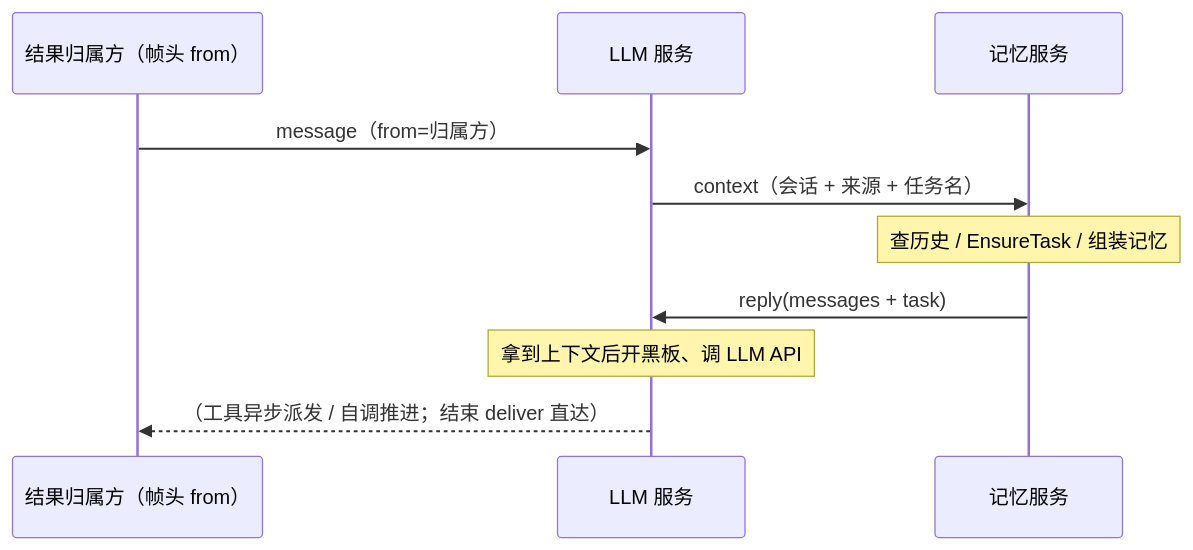
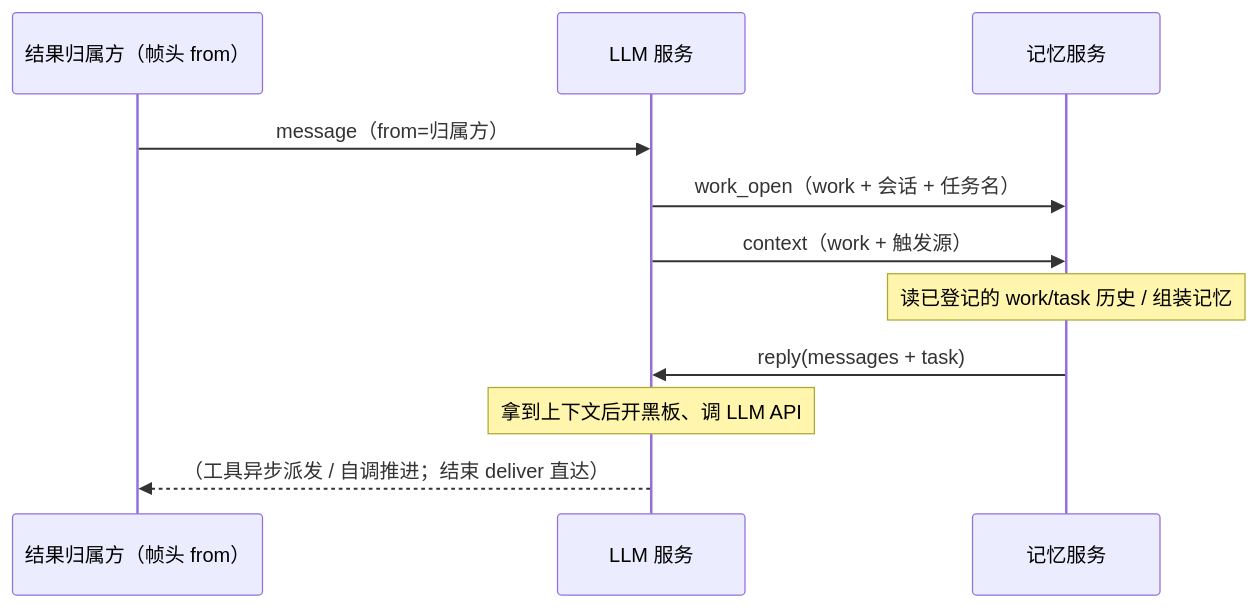
The second of 2 diagrams in docs/concepts/architecture.md (NouSart/sump), drawn with Mermaid before and after one commit. The commit also changed other lines of this file and 6 other files, not shown here.

````diff
--- a/docs/concepts/architecture.md
+++ b/docs/concepts/architecture.md
@@ -97,12 +97,13 @@
 ```mermaid
 sequenceDiagram
     participant B as 结果归属方（帧头 from）
     participant L as LLM 服务
     participant M as 记忆服务
     B->>L: message（from=归属方）
-    L->>M: context（会话 + 来源 + 任务名）
-    Note over M: 查历史 / EnsureTask / 组装记忆
+    L->>M: work_open（work + 会话 + 任务名）
+    L->>M: context（work + 触发源）
+    Note over M: 读已登记的 work/task 历史 / 组装记忆
     M->>L: reply(messages + task)
     Note over L: 拿到上下文后开黑板、调 LLM API
     L-->>B: （工具异步派发 / 自调推进；结束 deliver 直达）
 ```
````
